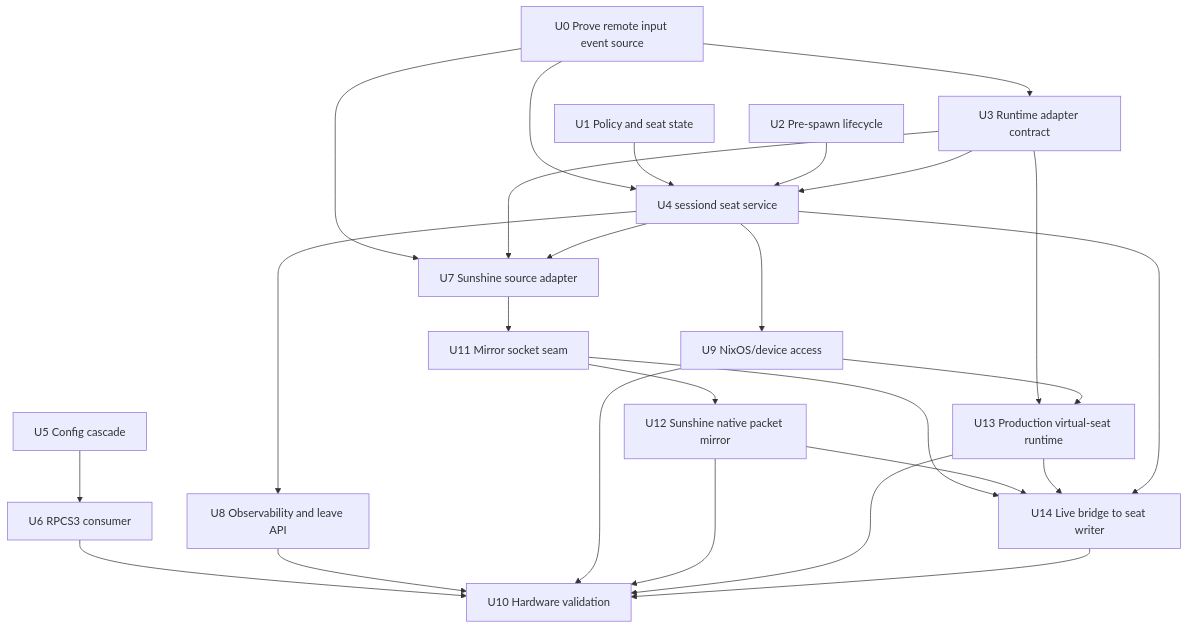
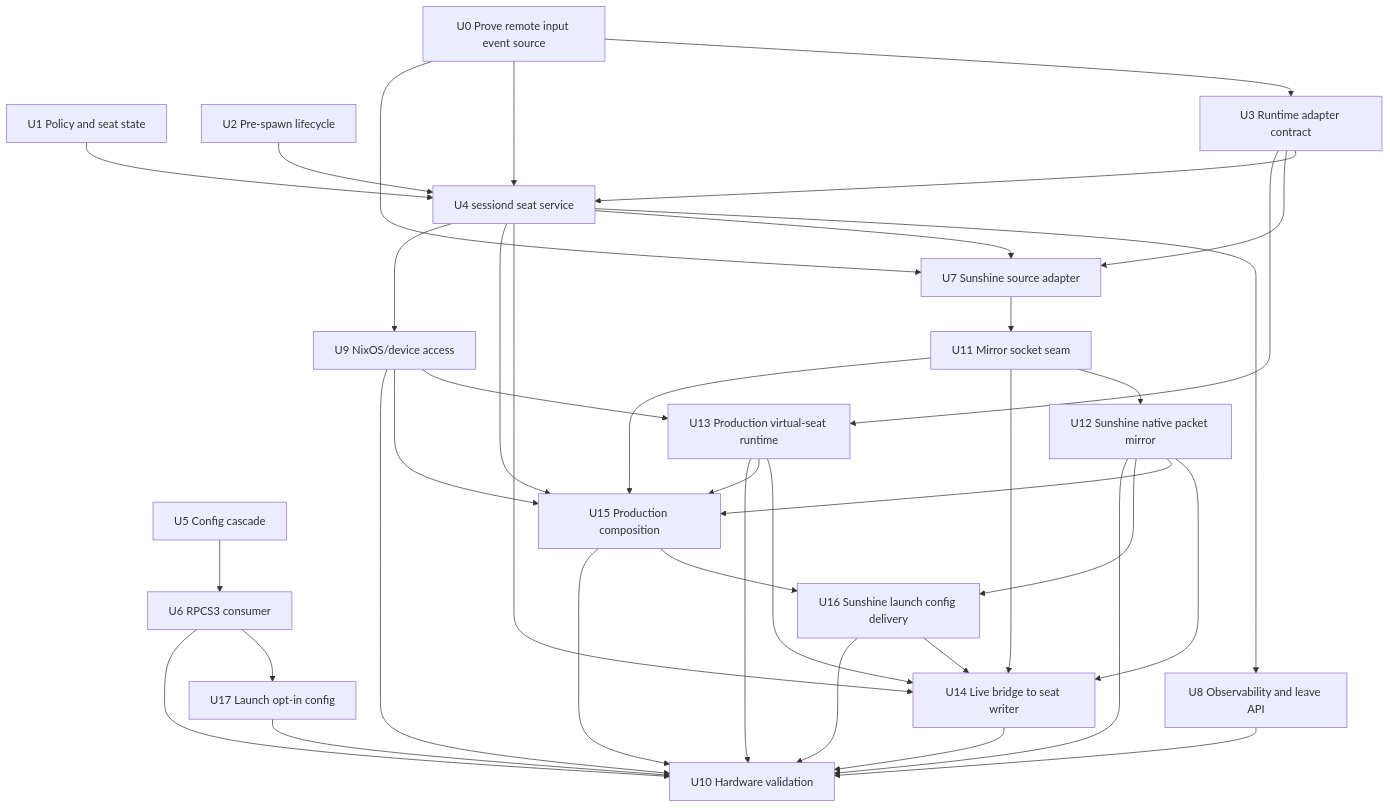
One commit to simonwjackson/korri changed the third of 4 diagrams in work/items/active/01KWTZ3DDBRFV3GAJFFDRR7Z57-sessiond-remote-input-seats/plan.md. Above: the diagram before and after it, drawn with Mermaid. The commit also changed other lines of this file, not shown here.

Commit message:
docs(input-seat): plan production seat blockers

````diff
--- a/work/items/active/01KWTZ3DDBRFV3GAJFFDRR7Z57-sessiond-remote-input-seats/plan.md
+++ b/work/items/active/01KWTZ3DDBRFV3GAJFFDRR7Z57-sessiond-remote-input-seats/plan.md
@@ -194,44 +204,59 @@
 ```mermaid
 flowchart TB
     U0[U0 Prove remote input event source]
     U1[U1 Policy and seat state]
     U2[U2 Pre-spawn lifecycle]
     U3[U3 Runtime adapter contract]
     U4[U4 sessiond seat service]
     U5[U5 Config cascade]
     U6[U6 RPCS3 consumer]
     U7[U7 Sunshine source adapter]
     U8[U8 Observability and leave API]
     U9[U9 NixOS/device access]
     U11[U11 Mirror socket seam]
     U12[U12 Sunshine native packet mirror]
     U13[U13 Production virtual-seat runtime]
     U14[U14 Live bridge to seat writer]
+    U15[U15 Production composition]
+    U16[U16 Sunshine launch config delivery]
+    U17[U17 Launch opt-in config]
     U10[U10 Hardware validation]
 
     U0 --> U3
     U0 --> U4
     U0 --> U7
     U1 --> U4
     U2 --> U4
     U3 --> U4
     U5 --> U6
     U4 --> U8
     U3 --> U7
     U4 --> U7
     U7 --> U11
     U11 --> U12
     U3 --> U13
     U9 --> U13
     U11 --> U14
     U12 --> U14
     U13 --> U14
+    U16 --> U14
     U4 --> U14
+    U4 --> U15
+    U9 --> U15
+    U11 --> U15
+    U12 --> U15
+    U13 --> U15
+    U12 --> U16
+    U15 --> U16
+    U6 --> U17
     U4 --> U9
     U6 --> U10
     U8 --> U10
     U9 --> U10
     U12 --> U10
     U13 --> U10
     U14 --> U10
+    U15 --> U10
+    U16 --> U10
+    U17 --> U10
 ```
````
